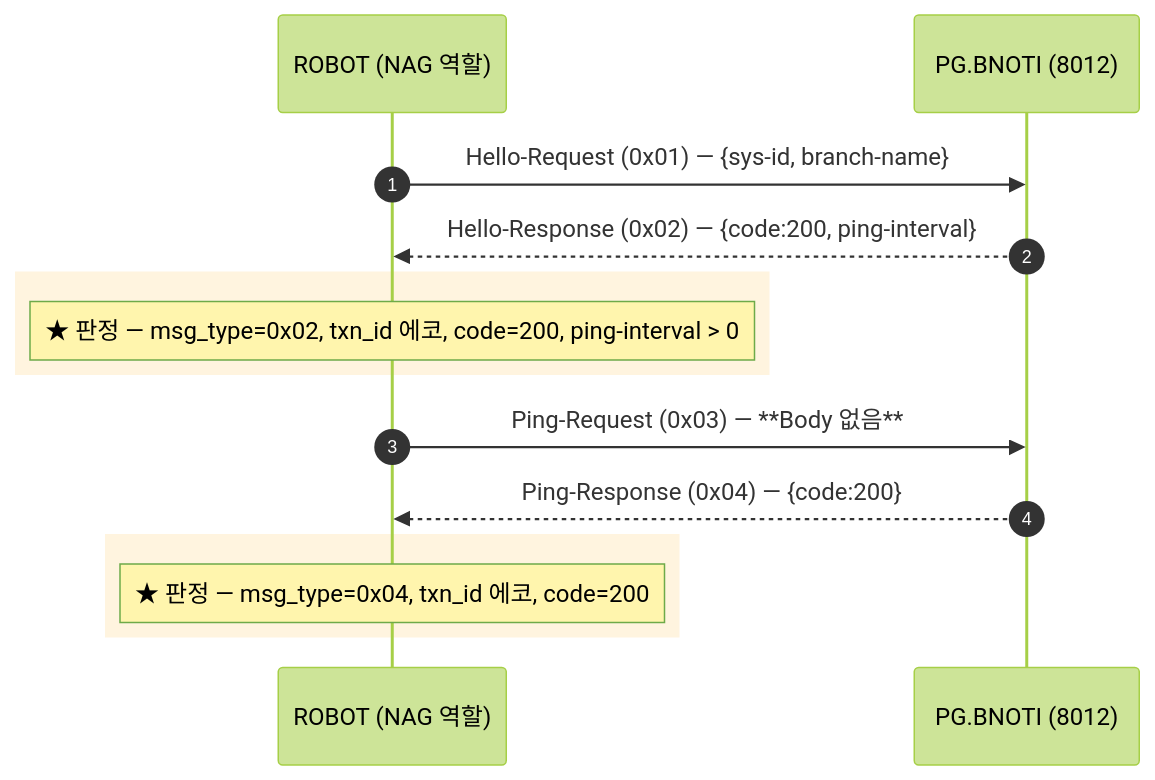
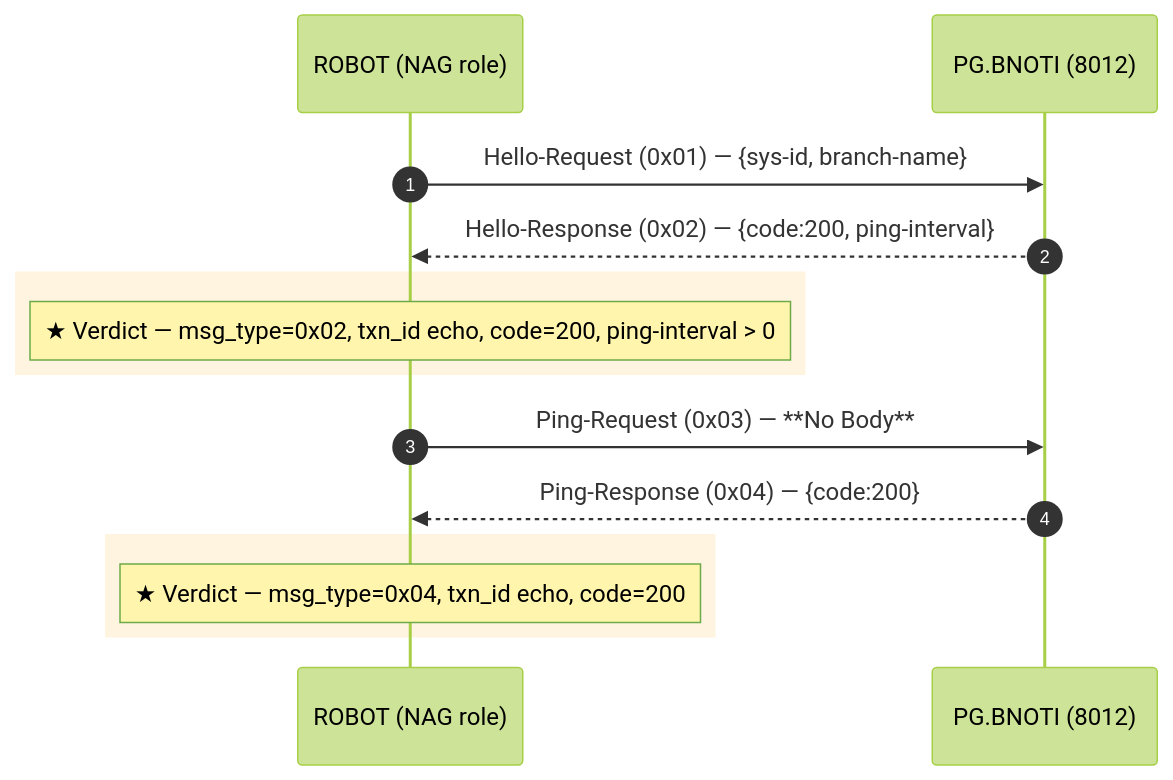
One commit to IanKim2030/tc4robot changed the second of 5 diagrams in docs/callflow/nag_callflow.md. Above: the diagram before and after it, drawn with Mermaid (forest theme). The commit also changed other lines of this file and 83 other files, not shown here.

````diff
--- a/docs/callflow/nag_callflow.md
+++ b/docs/callflow/nag_callflow.md
@@ -77,18 +77,18 @@
 ```mermaid
 sequenceDiagram
     autonumber
-    participant TOOL as ROBOT (NAG 역할)
+    participant TOOL as ROBOT (NAG role)
     participant PG as PG.BNOTI (8012)
 
     TOOL->>PG: Hello-Request (0x01) — {sys-id, branch-name}
     PG-->>TOOL: Hello-Response (0x02) — {code:200, ping-interval}
     rect rgba(255, 176, 32, 0.14)
-    Note over TOOL: ★ 판정 — msg_type=0x02, txn_id 에코, code=200, ping-interval > 0
+    Note over TOOL:★ Verdict — msg_type=0x02, txn_id echo, code=200, ping-interval > 0
     end
 
-    TOOL->>PG: Ping-Request (0x03) — **Body 없음**
+    TOOL->>PG:Ping-Request (0x03) — **No Body**
     PG-->>TOOL: Ping-Response (0x04) — {code:200}
     rect rgba(255, 176, 32, 0.14)
-    Note over TOOL: ★ 판정 — msg_type=0x04, txn_id 에코, code=200
+    Note over TOOL:★ Verdict — msg_type=0x04, txn_id echo, code=200
     end
 ```
````
